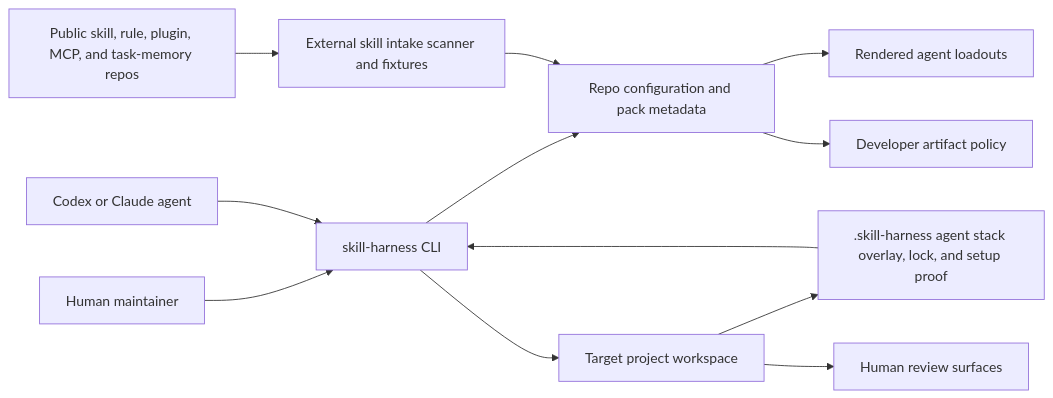
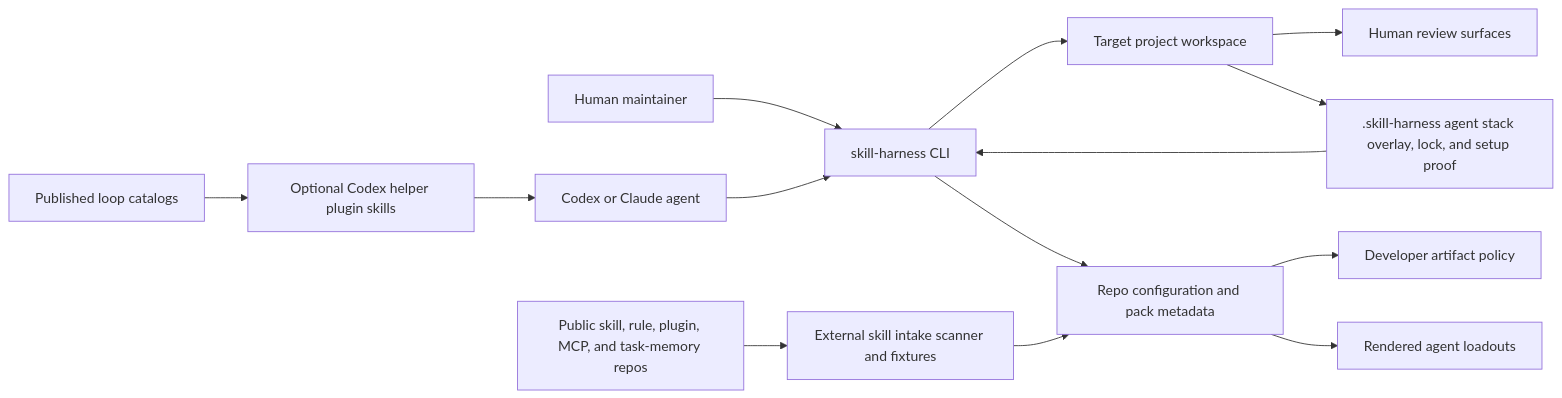
Before and after one commit to 45ck/skill-harness: the diagram in docs/artifacts/source/models/sh-system-context.md, drawn with Mermaid. The commit also changed other lines of this file and 10 other files, not shown here.

````diff
--- a/docs/artifacts/source/models/sh-system-context.md
+++ b/docs/artifacts/source/models/sh-system-context.md
@@ -49,14 +50,16 @@
 ```mermaid
 flowchart LR
   Human["Human maintainer"] --> CLI["skill-harness CLI"]
   Agent["Codex or Claude agent"] --> CLI
   CLI --> Config["Repo configuration and pack metadata"]
   CLI --> Target["Target project workspace"]
   PublicEcosystems["Public skill, rule, plugin, MCP, and task-memory repos"] --> Intake["External skill intake scanner and fixtures"]
+  LoopCatalogs["Published loop catalogs"] --> Helpers["Optional Codex helper plugin skills"]
+  Helpers --> Agent
   Intake --> Config
   Target --> Stack[".skill-harness agent stack overlay, lock, and setup proof"]
   Stack --> CLI
   Config --> Agents["Rendered agent loadouts"]
   Config --> Artifacts["Developer artifact policy"]
   Target --> Review["Human review surfaces"]
 ```
````
